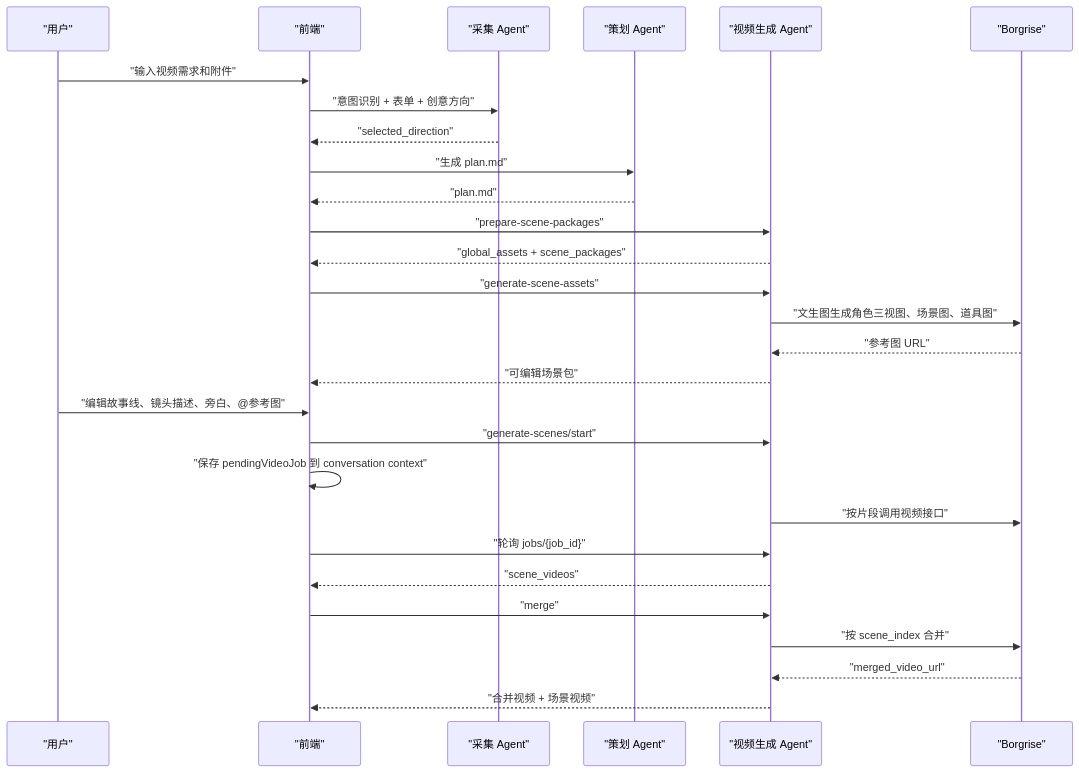
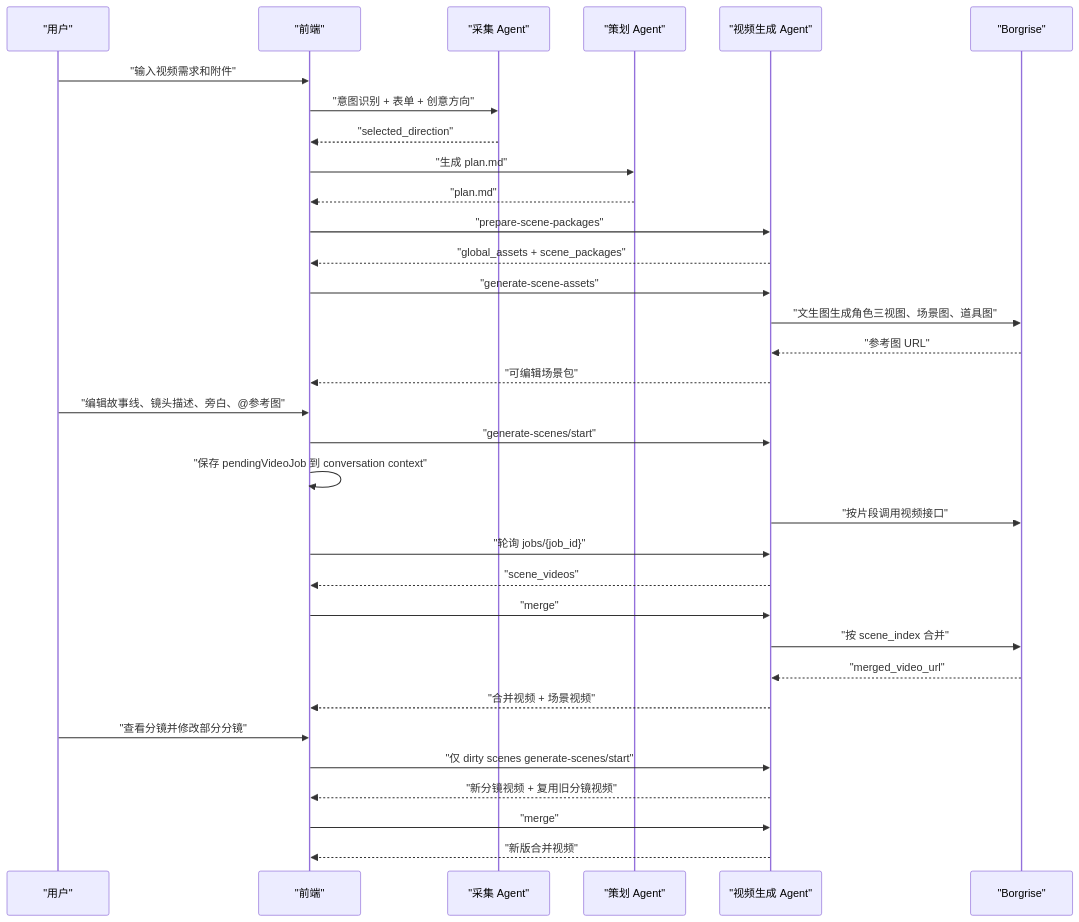
Before and after one commit to joyslxd/pixelflow: the sixth of 7 diagrams in docs/pixelflow-agent-skill-flow-latest-design.md, drawn with Mermaid. The commit also changed other lines of this file and 9 other files, not shown here.

````diff
--- a/docs/pixelflow-agent-skill-flow-latest-design.md
+++ b/docs/pixelflow-agent-skill-flow-latest-design.md
@@ -378,30 +378,35 @@
 ```mermaid
 sequenceDiagram
   participant U as "用户"
   participant FE as "前端"
   participant IA as "采集 Agent"
   participant PA as "策划 Agent"
   participant VA as "视频生成 Agent"
   participant BG as "Borgrise"
   U->>FE: "输入视频需求和附件"
   FE->>IA: "意图识别 + 表单 + 创意方向"
   IA-->>FE: "selected_direction"
   FE->>PA: "生成 plan.md"
   PA-->>FE: "plan.md"
   FE->>VA: "prepare-scene-packages"
   VA-->>FE: "global_assets + scene_packages"
   FE->>VA: "generate-scene-assets"
   VA->>BG: "文生图生成角色三视图、场景图、道具图"
   BG-->>VA: "参考图 URL"
   VA-->>FE: "可编辑场景包"
   U->>FE: "编辑故事线、镜头描述、旁白、@参考图"
   FE->>VA: "generate-scenes/start"
   FE->>FE: "保存 pendingVideoJob 到 conversation context"
   VA->>BG: "按片段调用视频接口"
   FE->>VA: "轮询 jobs/{job_id}"
   VA-->>FE: "scene_videos"
   FE->>VA: "merge"
   VA->>BG: "按 scene_index 合并"
   BG-->>VA: "merged_video_url"
   VA-->>FE: "合并视频 + 场景视频"
+  U->>FE: "查看分镜并修改部分分镜"
+  FE->>VA: "仅 dirty scenes generate-scenes/start"
+  VA-->>FE: "新分镜视频 + 复用旧分镜视频"
+  FE->>VA: "merge"
+  VA-->>FE: "新版合并视频"
 ```
````
